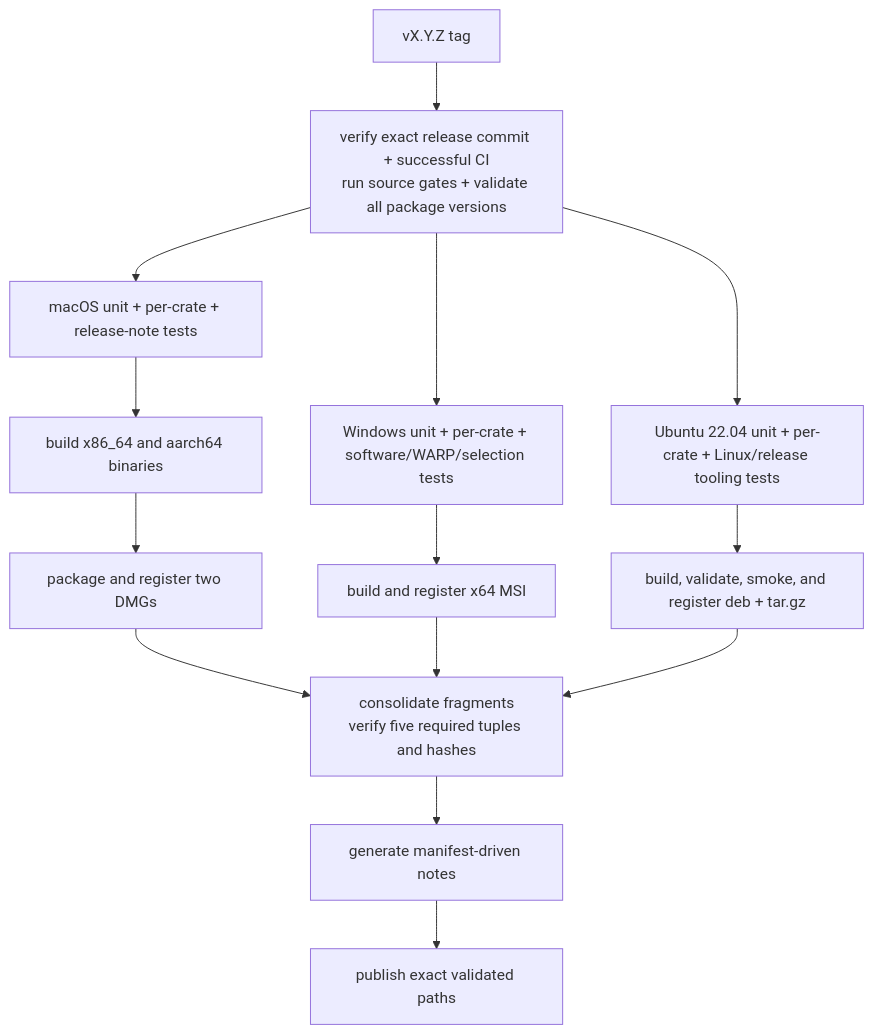
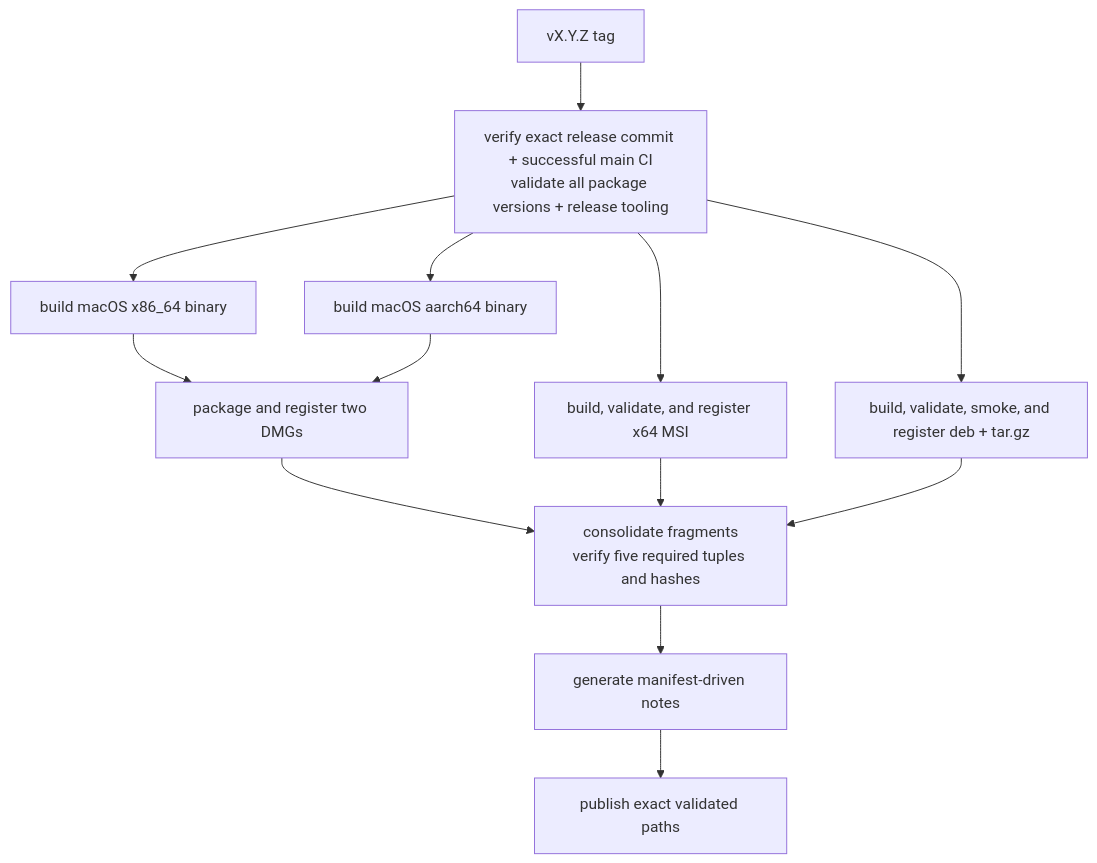
Before and after one commit to D0n9X1n/SonicTerm: the first of 2 diagrams in wiki/Development-and-Release.md, drawn with Mermaid. The commit also changed other lines of this file and 8 other files, not shown here.

````diff
--- a/wiki/Development-and-Release.md
+++ b/wiki/Development-and-Release.md
@@ -252,27 +268,25 @@
 ```mermaid
 flowchart TD
     tag["vX.Y.Z tag"]
-    validate["verify exact release commit + successful CI<br/>run source gates + validate all package versions"]
-    mtest["macOS unit + per-crate + release-note tests"]
-    wtest["Windows unit + per-crate + software/WARP/selection tests"]
-    ltest["Ubuntu 22.04 unit + per-crate + Linux/release tooling tests"]
-    macbuild["build x86_64 and aarch64 binaries"]
+    validate["verify exact release commit + successful main CI<br/>validate all package versions + release tooling"]
+    macx["build macOS x86_64 binary"]
+    maca["build macOS aarch64 binary"]
     dmg["package and register two DMGs"]
-    msi["build and register x64 MSI"]
+    msi["build, validate, and register x64 MSI"]
     linux["build, validate, smoke, and register deb + tar.gz"]
     manifest["consolidate fragments<br/>verify five required tuples and hashes"]
     notes["generate manifest-driven notes"]
     publish["publish exact validated paths"]
 
     tag --> validate
-    validate --> mtest
-    validate --> wtest
-    validate --> ltest
-    mtest --> macbuild --> dmg
-    wtest --> msi
-    ltest --> linux
+    validate --> macx
+    validate --> maca
+    validate --> msi
+    validate --> linux
+    macx --> dmg
+    maca --> dmg
     dmg --> manifest
     msi --> manifest
     linux --> manifest
     manifest --> notes --> publish
 ```
````
